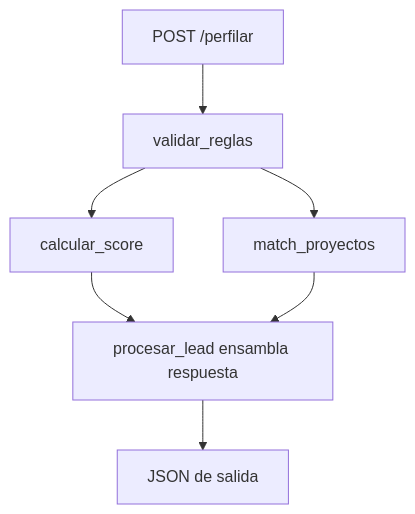
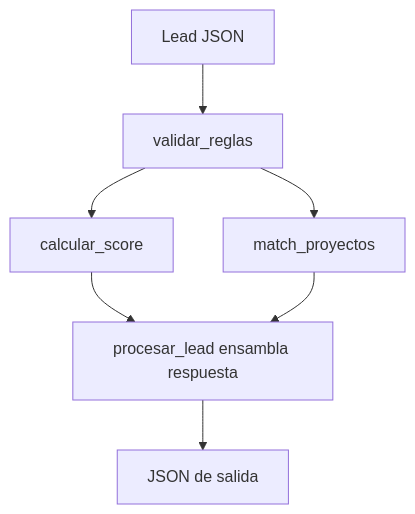
Before and after one commit to Franciscoj-p/Reto-Vivienda: the diagram in docs/API.md, drawn with Mermaid. The commit also changed other lines of this file and 14 other files, not shown here.

````diff
--- a/docs/API.md
+++ b/docs/API.md
@@ -248,9 +351,9 @@
 ```mermaid
 flowchart TD
-    A[POST /perfilar] --> B[validar_reglas]
+    A[Lead JSON] --> B[validar_reglas]
     B --> C[calcular_score]
     B --> D[match_proyectos]
     C --> E[procesar_lead ensambla respuesta]
     D --> E
     E --> F[JSON de salida]
 ```
````
